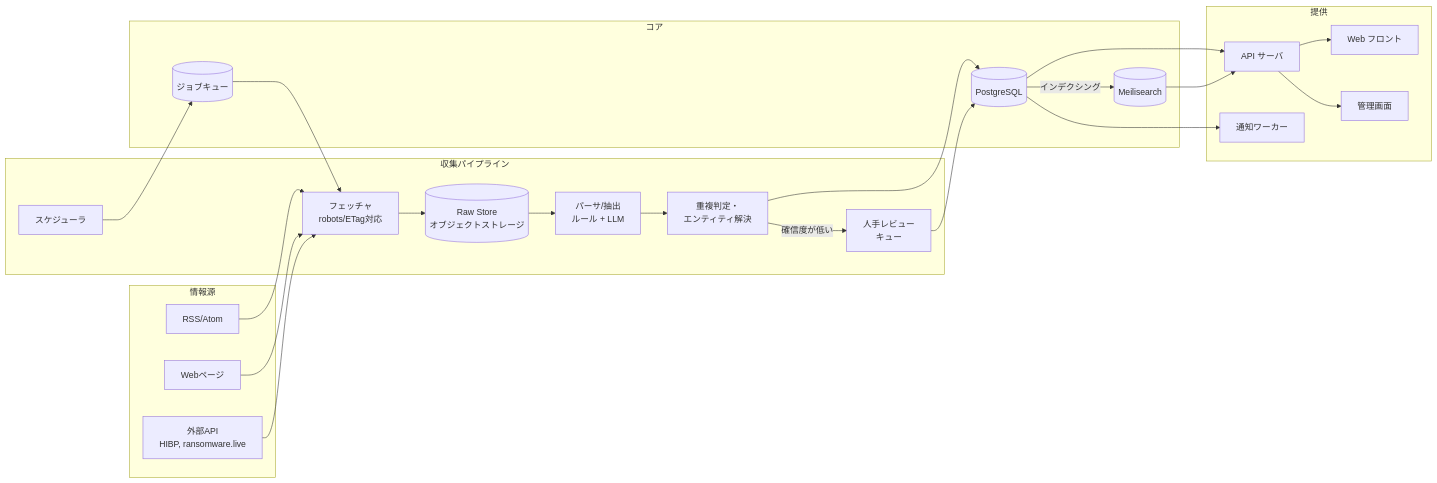
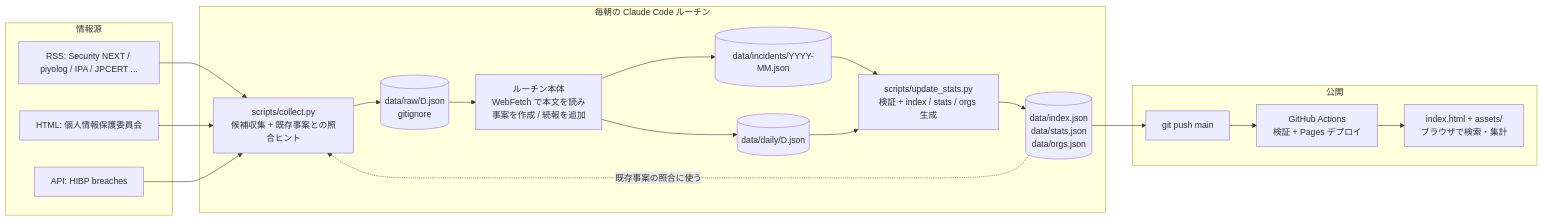
One commit to ke-iwata/data-leak-search changed the diagram in docs/design.md. Above: the diagram before and after it, drawn with Mermaid. The commit also changed other lines of this file and 1 other file, not shown here.

````diff
--- a/docs/design.md
+++ b/docs/design.md
@@ -93,43 +86,36 @@
 ```mermaid
 flowchart LR
     subgraph Sources[情報源]
-        RSS[RSS/Atom]
-        HTML[Webページ]
-        API[外部API<br/>HIBP, ransomware.live]
+        RSS[RSS: Security NEXT / piyolog / IPA / JPCERT ...]
+        HTML[HTML: 個人情報保護委員会]
+        API[API: HIBP breaches]
     end
 
-    subgraph Ingest[収集パイプライン]
-        SCH[スケジューラ]
-        FET[フェッチャ<br/>robots/ETag対応]
-        RAW[(Raw Store<br/>オブジェクトストレージ)]
-        PAR[パーサ/抽出<br/>ルール + LLM]
-        DED[重複判定・<br/>エンティティ解決]
-        REV[人手レビュー<br/>キュー]
+    subgraph Routine[毎朝の Claude Code ルーチン]
+        COL[scripts/collect.py<br/>候補収集 + 既存事案との照合ヒント]
+        RAW[(data/raw/D.json<br/>gitignore)]
+        LLM[ルーチン本体<br/>WebFetch で本文を読み<br/>事案を作成 / 続報を追加]
+        INC[(data/incidents/YYYY-MM.json)]
+        DAY[(data/daily/D.json)]
+        STA[scripts/update_stats.py<br/>検証 + index / stats / orgs 生成]
+        GEN[(data/index.json<br/>data/stats.json<br/>data/orgs.json)]
     end
 
-    subgraph Core[コア]
-        PG[(PostgreSQL)]
-        MS[(Meilisearch)]
-        Q[(ジョブキュー)]
+    subgraph Publish[公開]
+        GH[git push main]
+        GA[GitHub Actions<br/>検証 + Pages デプロイ]
+        SITE[index.html + assets/<br/>ブラウザで検索・集計]
     end
 
-    subgraph Serve[提供]
-        APIS[API サーバ]
-        WEB[Web フロント]
-        ADM[管理画面]
-        NTF[通知ワーカー]
-    end
-
-    RSS --> FET
-    HTML --> FET
-    API --> FET
-    SCH --> Q --> FET
-    FET --> RAW --> PAR --> DED --> PG
-    DED -->|確信度が低い| REV --> PG
-    PG -->|インデクシング| MS
-    PG --> APIS
-    MS --> APIS
-    APIS --> WEB
-    APIS --> ADM
-    PG --> NTF
+    RSS --> COL
+    HTML --> COL
+    API --> COL
+    COL --> RAW --> LLM
+    GEN -.既存事案の照合に使う.-> COL
+    LLM --> INC
+    LLM --> DAY
+    INC --> STA
+    DAY --> STA
+    STA --> GEN
+    GEN --> GH --> GA --> SITE
 ```
````
